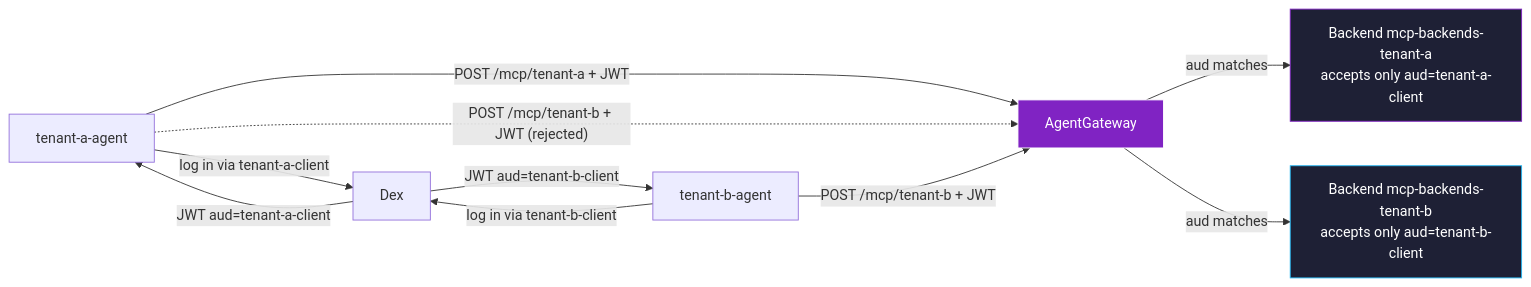
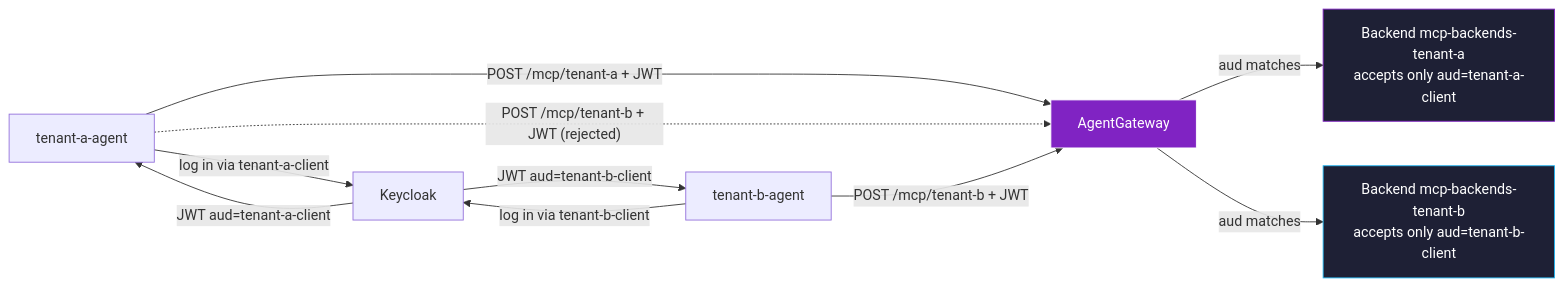
Before and after one commit to jamesilse-solo/agentgateway-multicluster-mcp-demo: the first of 2 diagrams in examples/06-rbac-and-registry.md, drawn with Mermaid. The commit also changed other lines of this file and 25 other files, not shown here.

````diff
--- a/examples/06-rbac-and-registry.md
+++ b/examples/06-rbac-and-registry.md
@@ -23,25 +23,25 @@
 ```mermaid
 flowchart LR
     AgentA["tenant-a-agent"]
     AgentB["tenant-b-agent"]
-    Dex["Dex"]
+    Keycloak["Keycloak"]
     AGW["AgentGateway"]
     BackendA["Backend mcp-backends-tenant-a<br/>accepts only aud=tenant-a-client"]
     BackendB["Backend mcp-backends-tenant-b<br/>accepts only aud=tenant-b-client"]
 
-    AgentA -- "log in via tenant-a-client" --> Dex
-    AgentB -- "log in via tenant-b-client" --> Dex
-    Dex -- "JWT aud=tenant-a-client" --> AgentA
-    Dex -- "JWT aud=tenant-b-client" --> AgentB
+    AgentA -- "log in via tenant-a-client" --> Keycloak
+    AgentB -- "log in via tenant-b-client" --> Keycloak
+    Keycloak -- "JWT aud=tenant-a-client" --> AgentA
+    Keycloak -- "JWT aud=tenant-b-client" --> AgentB
 
     AgentA -- "POST /mcp/tenant-a + JWT" --> AGW
     AgentA -. "POST /mcp/tenant-b + JWT (rejected)" .-> AGW
     AgentB -- "POST /mcp/tenant-b + JWT" --> AGW
 
     AGW -- "aud matches" --> BackendA
     AGW -- "aud matches" --> BackendB
 
     style AGW fill:#8023C3,stroke:#fff,color:#fff
     style BackendA fill:#1E2035,stroke:#8023C3,color:#fff
     style BackendB fill:#1E2035,stroke:#20B7F3,color:#fff
 ```
````
